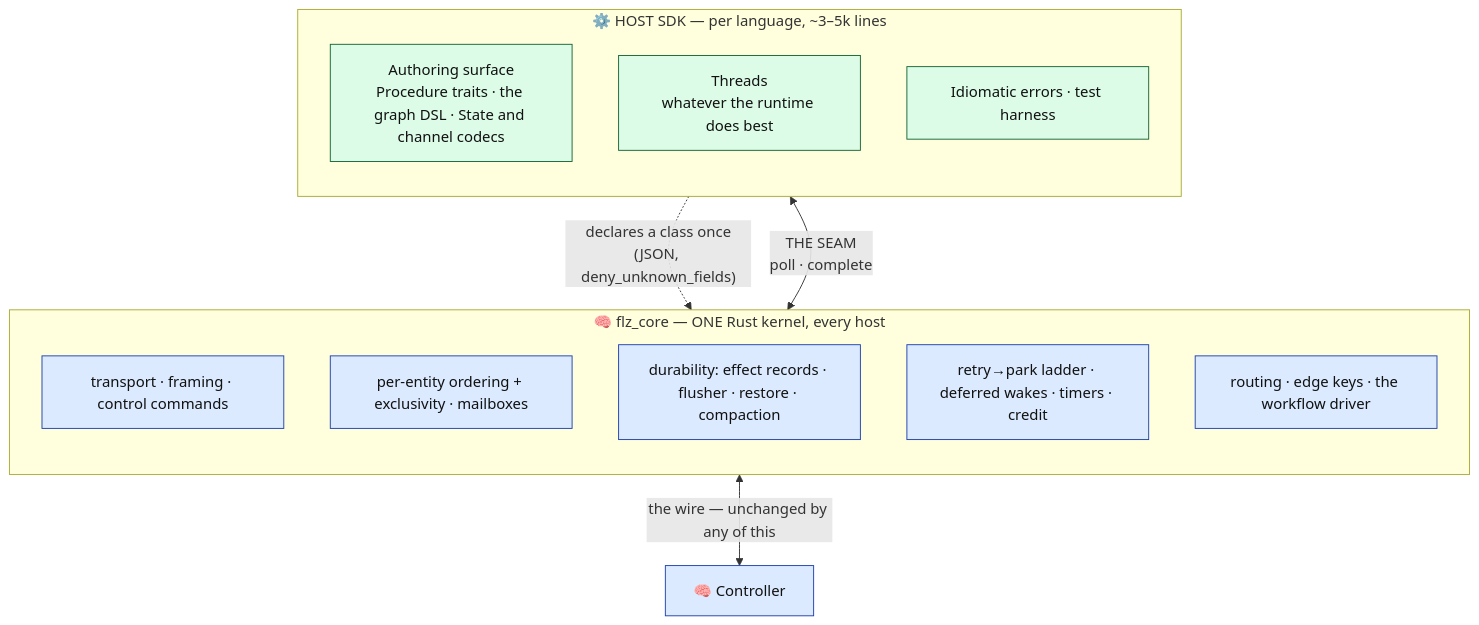
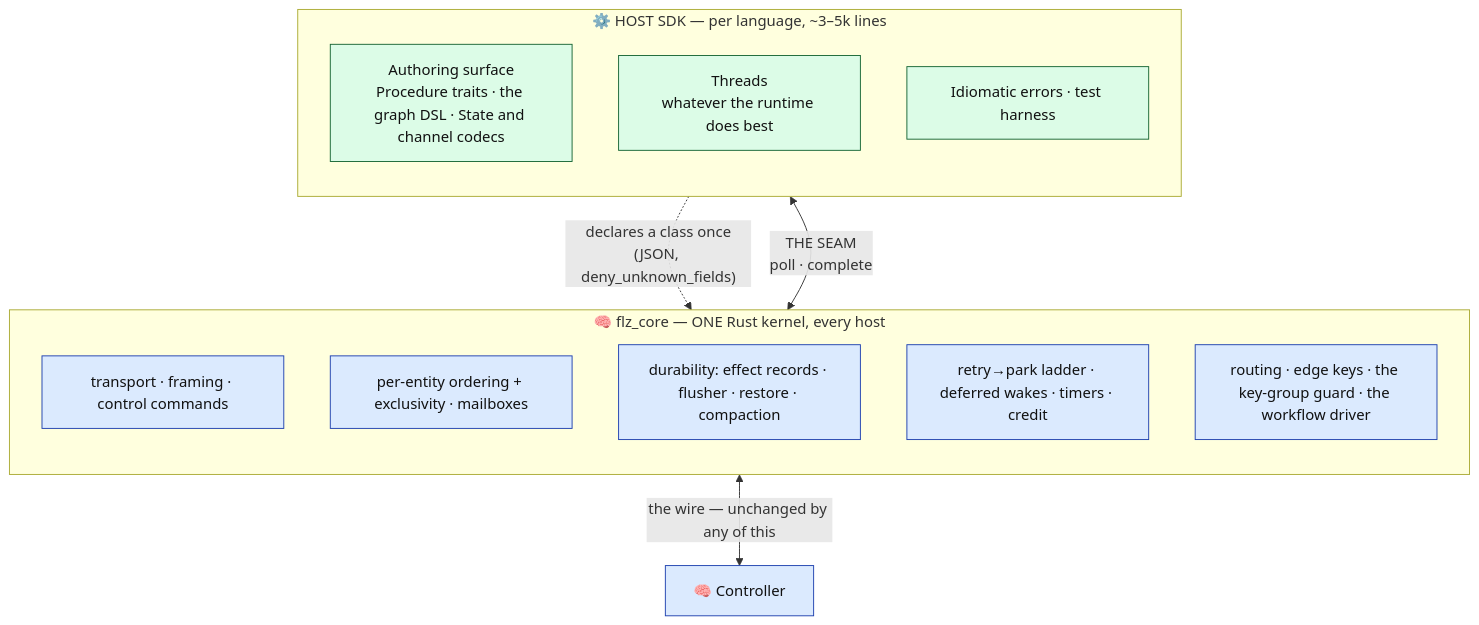
Before and after one commit to Flezha/flezha: the first of 8 diagrams in docs/architecture/runner.md, drawn with Mermaid. The commit also changed other lines of this file and 22 other files, not shown here.

First line of the commit message:
docs: sync diagrams and docs with partitions, the remote tier, and the single-actor control plane

````diff
--- a/docs/architecture/runner.md
+++ b/docs/architecture/runner.md
@@ -22,27 +22,27 @@
 ```mermaid
 flowchart TB
     subgraph HOST["⚙️ HOST SDK — per language, ~3–5k lines"]
         direction TB
         AUTH["Authoring surface<br/>Procedure traits · the graph DSL · State and channel codecs"]:::exec
         THREADS["Threads<br/>whatever the runtime does best"]:::exec
         TEST["Idiomatic errors · test harness"]:::exec
     end
 
     subgraph CORE["🧠 flz_core — ONE Rust kernel, every host"]
         direction TB
         C1["transport · framing · control commands"]:::ctrl
         C2["per-entity ordering + exclusivity · mailboxes"]:::ctrl
         C3["durability: effect records · flusher · restore · compaction"]:::ctrl
         C4["retry→park ladder · deferred wakes · timers · credit"]:::ctrl
-        C5["routing · edge keys · the workflow driver"]:::ctrl
+        C5["routing · edge keys · the key-group guard · the workflow driver"]:::ctrl
     end
 
     CTRL["🧠 Controller"]:::ctrl
 
     AUTH -.->|"declares a class once<br/>(JSON, deny_unknown_fields)"| CORE
     THREADS <-->|"THE SEAM<br/>poll · complete"| CORE
     CORE <-->|"the wire — unchanged by any of this"| CTRL
 
     classDef ctrl fill:#dbeafe,stroke:#1e40af,color:#111
     classDef exec fill:#dcfce7,stroke:#166534,color:#111
 ```
````
